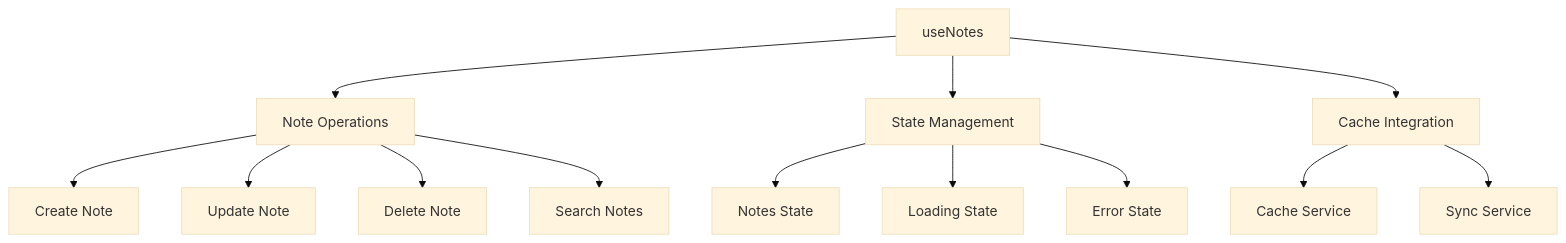
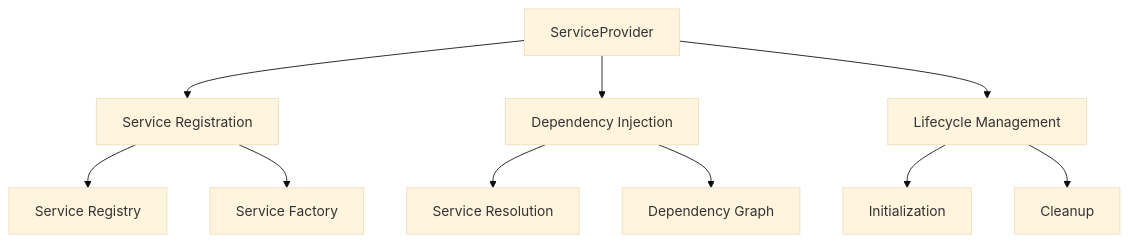
Before and after one commit to SimoKiihamaki/cognicore: the first of 4 diagrams in docs/hooks-and-services.md, drawn with Mermaid (base theme). The commit also changed other lines of this file and 9 other files, not shown here.

````diff
--- a/docs/hooks-and-services.md
+++ b/docs/hooks-and-services.md
@@ -14,18 +9,15 @@
 ```mermaid
 graph TD
-    A[useNotes] --> B[Note Operations]
-    A --> C[State Management]
-    A --> D[Cache Integration]
+    A[ServiceProvider] --> B[Service Registration]
+    A --> C[Dependency Injection]
+    A --> D[Lifecycle Management]
     
-    B --> E[Create Note]
-    B --> F[Update Note]
-    B --> G[Delete Note]
-    B --> H[Search Notes]
+    B --> E[Service Registry]
+    B --> F[Service Factory]
     
-    C --> I[Notes State]
-    C --> J[Loading State]
-    C --> K[Error State]
+    C --> G[Service Resolution]
+    C --> H[Dependency Graph]
     
-    D --> L[Cache Service]
-    D --> M[Sync Service]
+    D --> I[Initialization]
+    D --> J[Cleanup]
 ```
````
